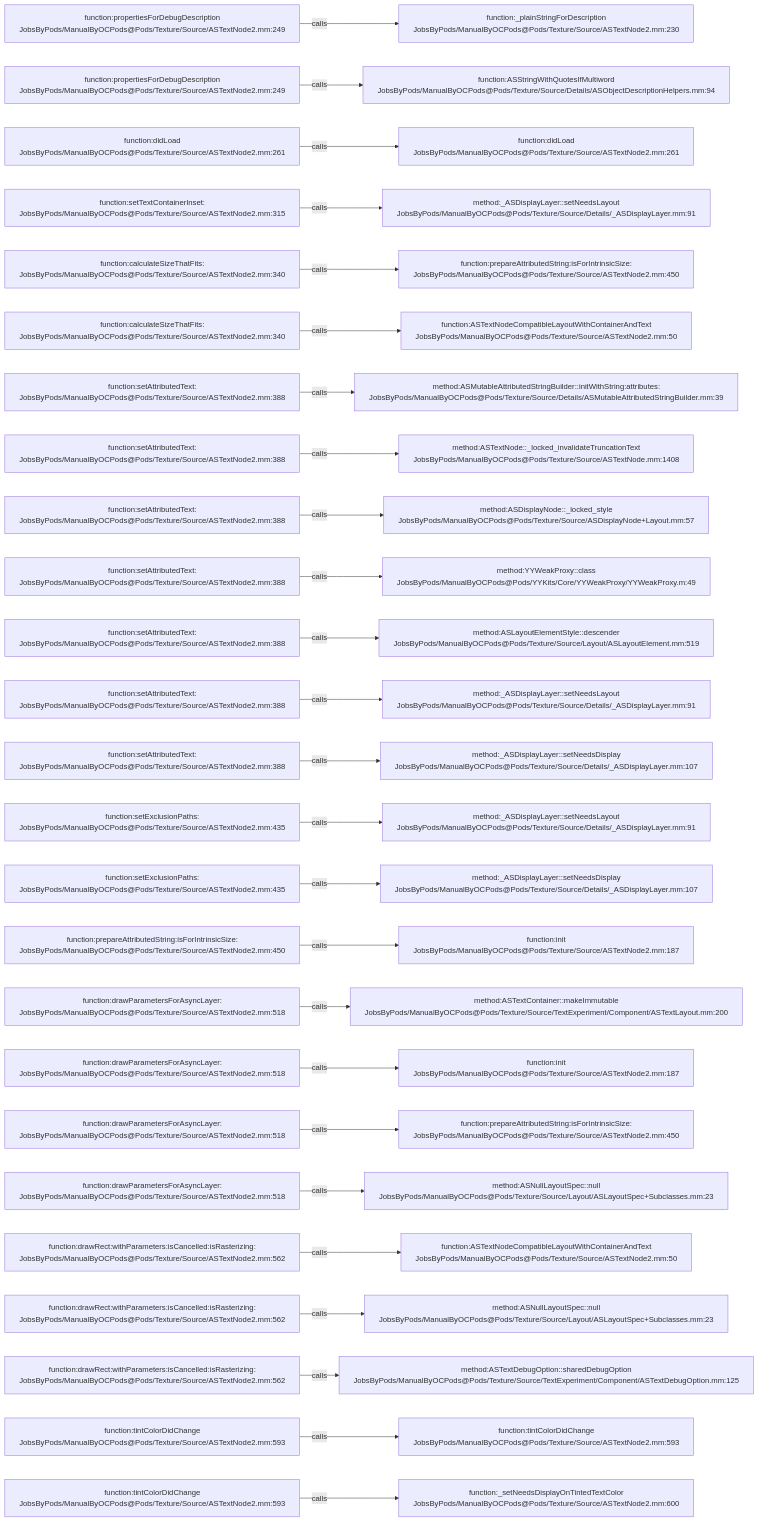
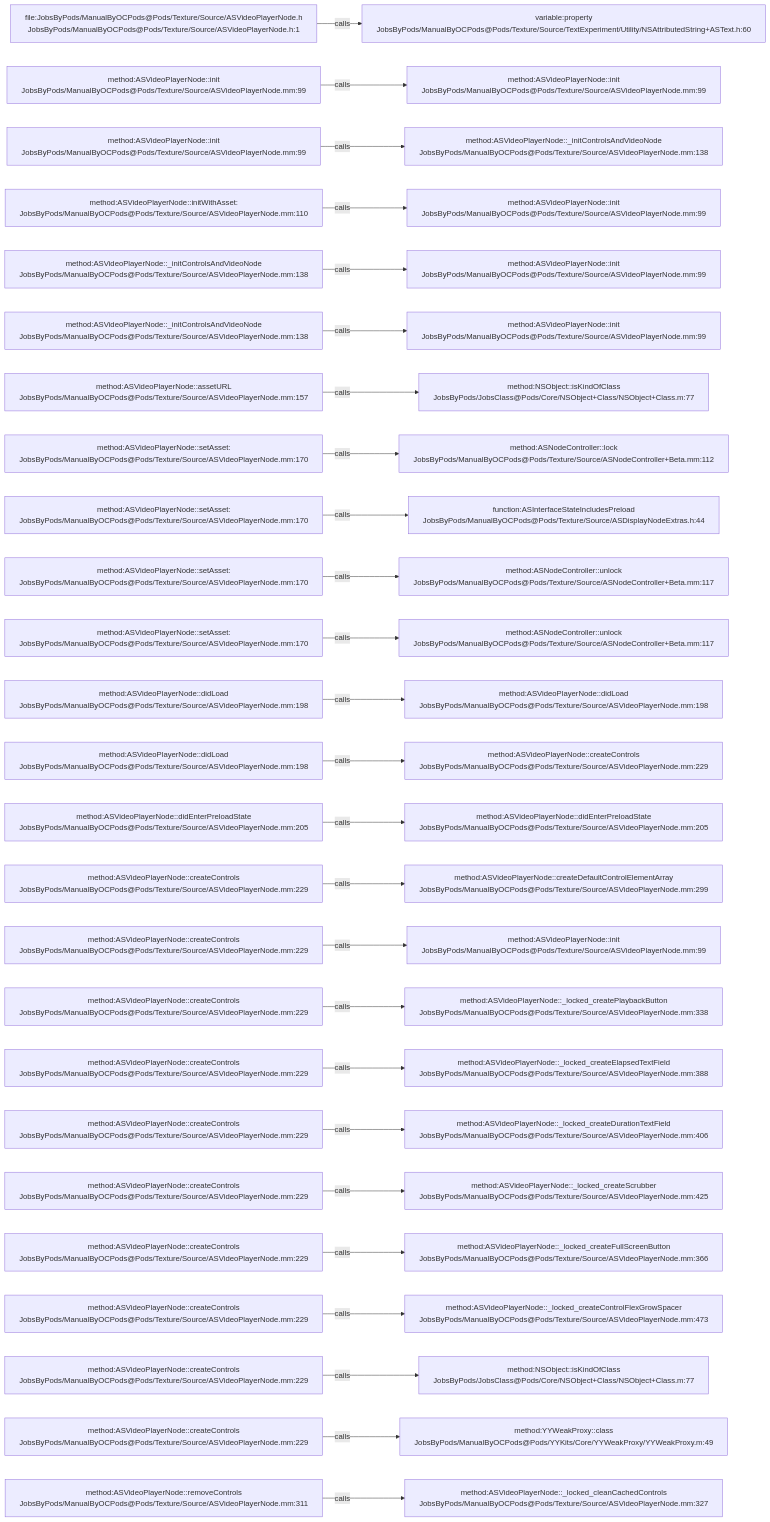
Before and after one commit to JobsKits/JobsOCBaseConfigDemo: the diagram in .codegraph/codegraph.md/graphs/calls-147.md, drawn with Mermaid. The commit also changed 1223 other files, not shown here.

````diff
--- a/.codegraph/codegraph.md/graphs/calls-147.md
+++ b/.codegraph/codegraph.md/graphs/calls-147.md
@@ -13,78 +13,78 @@
 ```mermaid
 flowchart LR
-  S1["function:propertiesForDebugDescription<br/>JobsByPods/ManualByOCPods@Pods/Texture/Source/ASTextNode2.mm:249"]
-  T1["function:_plainStringForDescription<br/>JobsByPods/ManualByOCPods@Pods/Texture/Source/ASTextNode2.mm:230"]
+  S1["file:JobsByPods/ManualByOCPods@Pods/Texture/Source/ASVideoPlayerNode.h<br/>JobsByPods/ManualByOCPods@Pods/Texture/Source/ASVideoPlayerNode.h:1"]
+  T1["variable:property<br/>JobsByPods/ManualByOCPods@Pods/Texture/Source/TextExperiment/Utility/NSAttributedString+ASText.h:60"]
   S1 -->|calls| T1
-  S2["function:propertiesForDebugDescription<br/>JobsByPods/ManualByOCPods@Pods/Texture/Source/ASTextNode2.mm:249"]
-  T2["function:ASStringWithQuotesIfMultiword<br/>JobsByPods/ManualByOCPods@Pods/Texture/Source/Details/ASObjectDescriptionHelpers.mm:94"]
+  S2["method:ASVideoPlayerNode::init<br/>JobsByPods/ManualByOCPods@Pods/Texture/Source/ASVideoPlayerNode.mm:99"]
+  T2["method:ASVideoPlayerNode::init<br/>JobsByPods/ManualByOCPods@Pods/Texture/Source/ASVideoPlayerNode.mm:99"]
   S2 -->|calls| T2
-  S3["function:didLoad<br/>JobsByPods/ManualByOCPods@Pods/Texture/Source/ASTextNode2.mm:261"]
-  T3["function:didLoad<br/>JobsByPods/ManualByOCPods@Pods/Texture/Source/ASTextNode2.mm:261"]
+  S3["method:ASVideoPlayerNode::init<br/>JobsByPods/ManualByOCPods@Pods/Texture/Source/ASVideoPlayerNode.mm:99"]
+  T3["method:ASVideoPlayerNode::_initControlsAndVideoNode<br/>JobsByPods/ManualByOCPods@Pods/Texture/Source/ASVideoPlayerNode.mm:138"]
   S3 -->|calls| T3
-  S4["function:setTextContainerInset:<br/>JobsByPods/ManualByOCPods@Pods/Texture/Source/ASTextNode2.mm:315"]
-  T4["method:_ASDisplayLayer::setNeedsLayout<br/>JobsByPods/ManualByOCPods@Pods/Texture/Source/Details/_ASDisplayLayer.mm:91"]
+  S4["method:ASVideoPlayerNode::initWithAsset:<br/>JobsByPods/ManualByOCPods@Pods/Texture/Source/ASVideoPlayerNode.mm:110"]
+  T4["method:ASVideoPlayerNode::init<br/>JobsByPods/ManualByOCPods@Pods/Texture/Source/ASVideoPlayerNode.mm:99"]
   S4 -->|calls| T4
-  S5["function:calculateSizeThatFits:<br/>JobsByPods/ManualByOCPods@Pods/Texture/Source/ASTextNode2.mm:340"]
-  T5["function:prepareAttributedString:isForIntrinsicSize:<br/>JobsByPods/ManualByOCPods@Pods/Texture/Source/ASTextNode2.mm:450"]
+  S5["method:ASVideoPlayerNode::_initControlsAndVideoNode<br/>JobsByPods/ManualByOCPods@Pods/Texture/Source/ASVideoPlayerNode.mm:138"]
+  T5["method:ASVideoPlayerNode::init<br/>JobsByPods/ManualByOCPods@Pods/Texture/Source/ASVideoPlayerNode.mm:99"]
   S5 -->|calls| T5
-  S6["function:calculateSizeThatFits:<br/>JobsByPods/ManualByOCPods@Pods/Texture/Source/ASTextNode2.mm:340"]
-  T6["function:ASTextNodeCompatibleLayoutWithContainerAndText<br/>JobsByPods/ManualByOCPods@Pods/Texture/Source/ASTextNode2.mm:50"]
+  S6["method:ASVideoPlayerNode::_initControlsAndVideoNode<br/>JobsByPods/ManualByOCPods@Pods/Texture/Source/ASVideoPlayerNode.mm:138"]
+  T6["method:ASVideoPlayerNode::init<br/>JobsByPods/ManualByOCPods@Pods/Texture/Source/ASVideoPlayerNode.mm:99"]
   S6 -->|calls| T6
-  S7["function:setAttributedText:<br/>JobsByPods/ManualByOCPods@Pods/Texture/Source/ASTextNode2.mm:388"]
-  T7["method:ASMutableAttributedStringBuilder::initWithString:attributes:<br/>JobsByPods/ManualByOCPods@Pods/Texture/Source/Details/ASMutableAttributedStringBuilder.mm:39"]
+  S7["method:ASVideoPlayerNode::assetURL<br/>JobsByPods/ManualByOCPods@Pods/Texture/Source/ASVideoPlayerNode.mm:157"]
+  T7["method:NSObject::isKindOfClass<br/>JobsByPods/JobsClass@Pods/Core/NSObject+Class/NSObject+Class.m:77"]
   S7 -->|calls| T7
-  S8["function:setAttributedText:<br/>JobsByPods/ManualByOCPods@Pods/Texture/Source/ASTextNode2.mm:388"]
-  T8["method:ASTextNode::_locked_invalidateTruncationText<br/>JobsByPods/ManualByOCPods@Pods/Texture/Source/ASTextNode.mm:1408"]
+  S8["method:ASVideoPlayerNode::setAsset:<br/>JobsByPods/ManualByOCPods@Pods/Texture/Source/ASVideoPlayerNode.mm:170"]
+  T8["method:ASNodeController::lock<br/>JobsByPods/ManualByOCPods@Pods/Texture/Source/ASNodeController+Beta.mm:112"]
   S8 -->|calls| T8
-  S9["function:setAttributedText:<br/>JobsByPods/ManualByOCPods@Pods/Texture/Source/ASTextNode2.mm:388"]
-  T9["method:ASDisplayNode::_locked_style<br/>JobsByPods/ManualByOCPods@Pods/Texture/Source/ASDisplayNode+Layout.mm:57"]
+  S9["method:ASVideoPlayerNode::setAsset:<br/>JobsByPods/ManualByOCPods@Pods/Texture/Source/ASVideoPlayerNode.mm:170"]
+  T9["function:ASInterfaceStateIncludesPreload<br/>JobsByPods/ManualByOCPods@Pods/Texture/Source/ASDisplayNodeExtras.h:44"]
   S9 -->|calls| T9
-  S10["function:setAttributedText:<br/>JobsByPods/ManualByOCPods@Pods/Texture/Source/ASTextNode2.mm:388"]
-  T10["method:YYWeakProxy::class<br/>JobsByPods/ManualByOCPods@Pods/YYKits/Core/YYWeakProxy/YYWeakProxy.m:49"]
+  S10["method:ASVideoPlayerNode::setAsset:<br/>JobsByPods/ManualByOCPods@Pods/Texture/Source/ASVideoPlayerNode.mm:170"]
+  T10["method:ASNodeController::unlock<br/>JobsByPods/ManualByOCPods@Pods/Texture/Source/ASNodeController+Beta.mm:117"]
   S10 -->|calls| T10
-  S11["function:setAttributedText:<br/>JobsByPods/ManualByOCPods@Pods/Texture/Source/ASTextNode2.mm:388"]
-  T11["method:ASLayoutElementStyle::descender<br/>JobsByPods/ManualByOCPods@Pods/Texture/Source/Layout/ASLayoutElement.mm:519"]
+  S11["method:ASVideoPlayerNode::setAsset:<br/>JobsByPods/ManualByOCPods@Pods/Texture/Source/ASVideoPlayerNode.mm:170"]
+  T11["method:ASNodeController::unlock<br/>JobsByPods/ManualByOCPods@Pods/Texture/Source/ASNodeController+Beta.mm:117"]
   S11 -->|calls| T11
-  S12["function:setAttributedText:<br/>JobsByPods/ManualByOCPods@Pods/Texture/Source/ASTextNode2.mm:388"]
-  T12["method:_ASDisplayLayer::setNeedsLayout<br/>JobsByPods/ManualByOCPods@Pods/Texture/Source/Details/_ASDisplayLayer.mm:91"]
+  S12["method:ASVideoPlayerNode::didLoad<br/>JobsByPods/ManualByOCPods@Pods/Texture/Source/ASVideoPlayerNode.mm:198"]
+  T12["method:ASVideoPlayerNode::didLoad<br/>JobsByPods/ManualByOCPods@Pods/Texture/Source/ASVideoPlayerNode.mm:198"]
   S12 -->|calls| T12
-  S13["function:setAttributedText:<br/>JobsByPods/ManualByOCPods@Pods/Texture/Source/ASTextNode2.mm:388"]
-  T13["method:_ASDisplayLayer::setNeedsDisplay<br/>JobsByPods/ManualByOCPods@Pods/Texture/Source/Details/_ASDisplayLayer.mm:107"]
+  S13["method:ASVideoPlayerNode::didLoad<br/>JobsByPods/ManualByOCPods@Pods/Texture/Source/ASVideoPlayerNode.mm:198"]
+  T13["method:ASVideoPlayerNode::createControls<br/>JobsByPods/ManualByOCPods@Pods/Texture/Source/ASVideoPlayerNode.mm:229"]
   S13 -->|calls| T13
-  S14["function:setExclusionPaths:<br/>JobsByPods/ManualByOCPods@Pods/Texture/Source/ASTextNode2.mm:435"]
-  T14["method:_ASDisplayLayer::setNeedsLayout<br/>JobsByPods/ManualByOCPods@Pods/Texture/Source/Details/_ASDisplayLayer.mm:91"]
+  S14["method:ASVideoPlayerNode::didEnterPreloadState<br/>JobsByPods/ManualByOCPods@Pods/Texture/Source/ASVideoPlayerNode.mm:205"]
+  T14["method:ASVideoPlayerNode::didEnterPreloadState<br/>JobsByPods/ManualByOCPods@Pods/Texture/Source/ASVideoPlayerNode.mm:205"]
   S14 -->|calls| T14
-  S15["function:setExclusionPaths:<br/>JobsByPods/ManualByOCPods@Pods/Texture/Source/ASTextNode2.mm:435"]
-  T15["method:_ASDisplayLayer::setNeedsDisplay<br/>JobsByPods/ManualByOCPods@Pods/Texture/Source/Details/_ASDisplayLayer.mm:107"]
+  S15["method:ASVideoPlayerNode::createControls<br/>JobsByPods/ManualByOCPods@Pods/Texture/Source/ASVideoPlayerNode.mm:229"]
+  T15["method:ASVideoPlayerNode::createDefaultControlElementArray<br/>JobsByPods/ManualByOCPods@Pods/Texture/Source/ASVideoPlayerNode.mm:299"]
   S15 -->|calls| T15
-  S16["function:prepareAttributedString:isForIntrinsicSize:<br/>JobsByPods/ManualByOCPods@Pods/Texture/Source/ASTextNode2.mm:450"]
-  T16["function:init<br/>JobsByPods/ManualByOCPods@Pods/Texture/Source/ASTextNode2.mm:187"]
+  S16["method:ASVideoPlayerNode::createControls<br/>JobsByPods/ManualByOCPods@Pods/Texture/Source/ASVideoPlayerNode.mm:229"]
+  T16["method:ASVideoPlayerNode::init<br/>JobsByPods/ManualByOCPods@Pods/Texture/Source/ASVideoPlayerNode.mm:99"]
   S16 -->|calls| T16
-  S17["function:drawParametersForAsyncLayer:<br/>JobsByPods/ManualByOCPods@Pods/Texture/Source/ASTextNode2.mm:518"]
-  T17["method:ASTextContainer::makeImmutable<br/>JobsByPods/ManualByOCPods@Pods/Texture/Source/TextExperiment/Component/ASTextLayout.mm:200"]
+  S17["method:ASVideoPlayerNode::createControls<br/>JobsByPods/ManualByOCPods@Pods/Texture/Source/ASVideoPlayerNode.mm:229"]
+  T17["method:ASVideoPlayerNode::_locked_createPlaybackButton<br/>JobsByPods/ManualByOCPods@Pods/Texture/Source/ASVideoPlayerNode.mm:338"]
   S17 -->|calls| T17
-  S18["function:drawParametersForAsyncLayer:<br/>JobsByPods/ManualByOCPods@Pods/Texture/Source/ASTextNode2.mm:518"]
-  T18["function:init<br/>JobsByPods/ManualByOCPods@Pods/Texture/Source/ASTextNode2.mm:187"]
+  S18["method:ASVideoPlayerNode::createControls<br/>JobsByPods/ManualByOCPods@Pods/Texture/Source/ASVideoPlayerNode.mm:229"]
+  T18["method:ASVideoPlayerNode::_locked_createElapsedTextField<br/>JobsByPods/ManualByOCPods@Pods/Texture/Source/ASVideoPlayerNode.mm:388"]
   S18 -->|calls| T18
-  S19["function:drawParametersForAsyncLayer:<br/>JobsByPods/ManualByOCPods@Pods/Texture/Source/ASTextNode2.mm:518"]
-  T19["function:prepareAttributedString:isForIntrinsicSize:<br/>JobsByPods/ManualByOCPods@Pods/Texture/Source/ASTextNode2.mm:450"]
+  S19["method:ASVideoPlayerNode::createControls<br/>JobsByPods/ManualByOCPods@Pods/Texture/Source/ASVideoPlayerNode.mm:229"]
+  T19["method:ASVideoPlayerNode::_locked_createDurationTextField<br/>JobsByPods/ManualByOCPods@Pods/Texture/Source/ASVideoPlayerNode.mm:406"]
   S19 -->|calls| T19
-  S20["function:drawParametersForAsyncLayer:<br/>JobsByPods/ManualByOCPods@Pods/Texture/Source/ASTextNode2.mm:518"]
-  T20["method:ASNullLayoutSpec::null<br/>JobsByPods/ManualByOCPods@Pods/Texture/Source/Layout/ASLayoutSpec+Subclasses.mm:23"]
+  S20["method:ASVideoPlayerNode::createControls<br/>JobsByPods/ManualByOCPods@Pods/Texture/Source/ASVideoPlayerNode.mm:229"]
+  T20["method:ASVideoPlayerNode::_locked_createScrubber<br/>JobsByPods/ManualByOCPods@Pods/Texture/Source/ASVideoPlayerNode.mm:425"]
   S20 -->|calls| T20
-  S21["function:drawRect:withParameters:isCancelled:isRasterizing:<br/>JobsByPods/ManualByOCPods@Pods/Texture/Source/ASTextNode2.mm:562"]
-  T21["function:ASTextNodeCompatibleLayoutWithContainerAndText<br/>JobsByPods/ManualByOCPods@Pods/Texture/Source/ASTextNode2.mm:50"]
+  S21["method:ASVideoPlayerNode::createControls<br/>JobsByPods/ManualByOCPods@Pods/Texture/Source/ASVideoPlayerNode.mm:229"]
+  T21["method:ASVideoPlayerNode::_locked_createFullScreenButton<br/>JobsByPods/ManualByOCPods@Pods/Texture/Source/ASVideoPlayerNode.mm:366"]
   S21 -->|calls| T21
-  S22["function:drawRect:withParameters:isCancelled:isRasterizing:<br/>JobsByPods/ManualByOCPods@Pods/Texture/Source/ASTextNode2.mm:562"]
-  T22["method:ASNullLayoutSpec::null<br/>JobsByPods/ManualByOCPods@Pods/Texture/Source/Layout/ASLayoutSpec+Subclasses.mm:23"]
+  S22["method:ASVideoPlayerNode::createControls<br/>JobsByPods/ManualByOCPods@Pods/Texture/Source/ASVideoPlayerNode.mm:229"]
+  T22["method:ASVideoPlayerNode::_locked_createControlFlexGrowSpacer<br/>JobsByPods/ManualByOCPods@Pods/Texture/Source/ASVideoPlayerNode.mm:473"]
   S22 -->|calls| T22
-  S23["function:drawRect:withParameters:isCancelled:isRasterizing:<br/>JobsByPods/ManualByOCPods@Pods/Texture/Source/ASTextNode2.mm:562"]
-  T23["method:ASTextDebugOption::sharedDebugOption<br/>JobsByPods/ManualByOCPods@Pods/Texture/Source/TextExperiment/Component/ASTextDebugOption.mm:125"]
+  S23["method:ASVideoPlayerNode::createControls<br/>JobsByPods/ManualByOCPods@Pods/Texture/Source/ASVideoPlayerNode.mm:229"]
+  T23["method:NSObject::isKindOfClass<br/>JobsByPods/JobsClass@Pods/Core/NSObject+Class/NSObject+Class.m:77"]
   S23 -->|calls| T23
-  S24["function:tintColorDidChange<br/>JobsByPods/ManualByOCPods@Pods/Texture/Source/ASTextNode2.mm:593"]
-  T24["function:tintColorDidChange<br/>JobsByPods/ManualByOCPods@Pods/Texture/Source/ASTextNode2.mm:593"]
+  S24["method:ASVideoPlayerNode::createControls<br/>JobsByPods/ManualByOCPods@Pods/Texture/Source/ASVideoPlayerNode.mm:229"]
+  T24["method:YYWeakProxy::class<br/>JobsByPods/ManualByOCPods@Pods/YYKits/Core/YYWeakProxy/YYWeakProxy.m:49"]
   S24 -->|calls| T24
-  S25["function:tintColorDidChange<br/>JobsByPods/ManualByOCPods@Pods/Texture/Source/ASTextNode2.mm:593"]
-  T25["function:_setNeedsDisplayOnTintedTextColor<br/>JobsByPods/ManualByOCPods@Pods/Texture/Source/ASTextNode2.mm:600"]
+  S25["method:ASVideoPlayerNode::removeControls<br/>JobsByPods/ManualByOCPods@Pods/Texture/Source/ASVideoPlayerNode.mm:311"]
+  T25["method:ASVideoPlayerNode::_locked_cleanCachedControls<br/>JobsByPods/ManualByOCPods@Pods/Texture/Source/ASVideoPlayerNode.mm:327"]
   S25 -->|calls| T25
 ```
````
